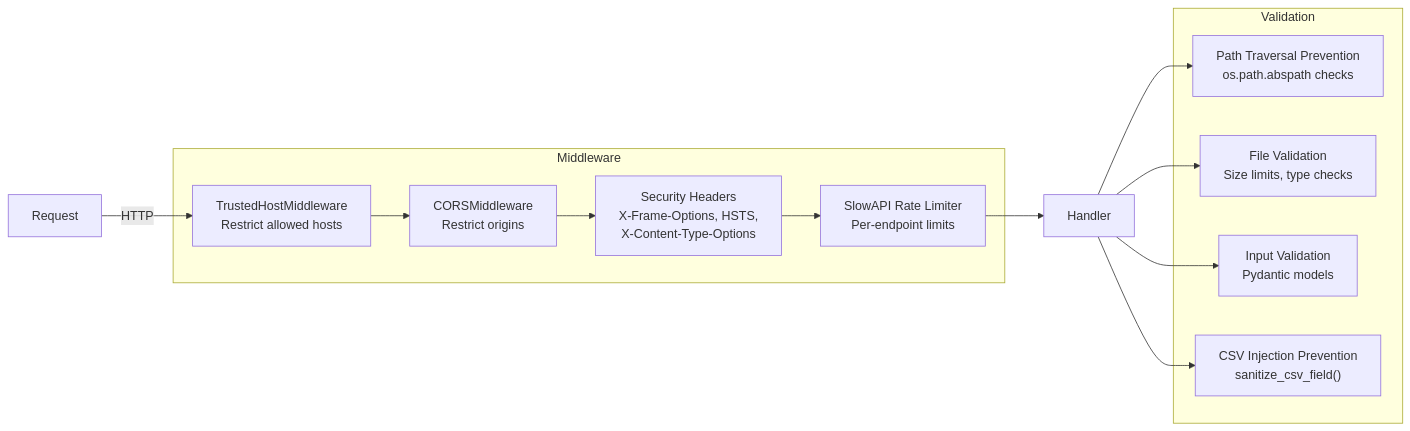
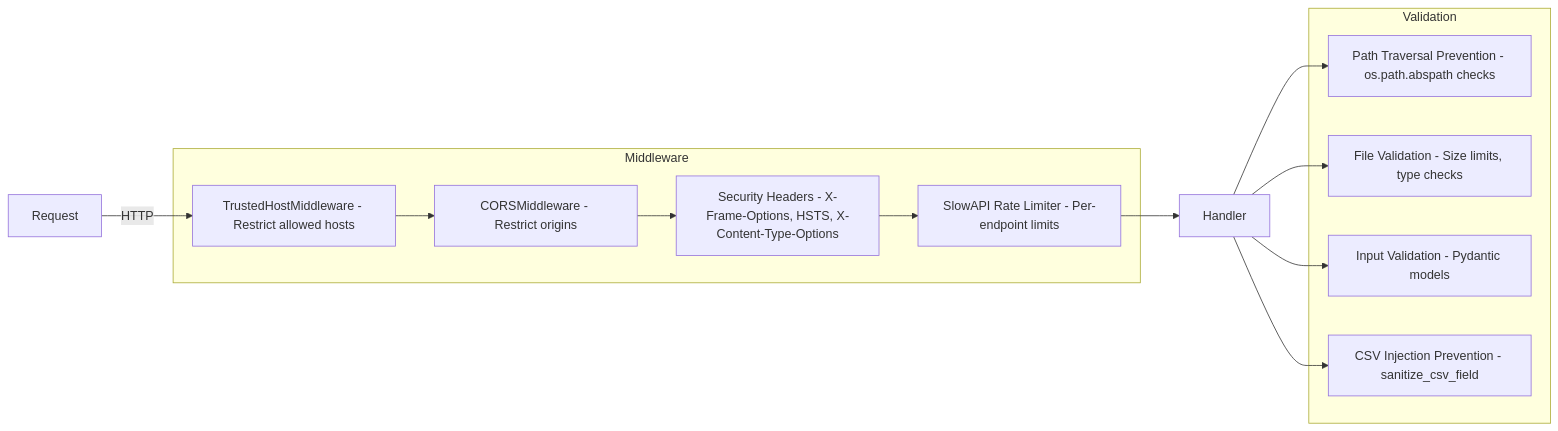
One commit to tejamahesh1433/job-trailerd-resume changed the second of 2 diagrams in docx/System_Architecture.md. Above: the diagram before and after it, drawn with Mermaid. The commit also changed other lines of this file and 3 other files, not shown here.

Commit message:
docs: add architecture and data flow documentation for backend and frontend systems

````diff
--- a/docx/System_Architecture.md
+++ b/docx/System_Architecture.md
@@ -99,22 +99,22 @@
 ```mermaid
 graph LR
     subgraph Middleware
-        TH["TrustedHostMiddleware<br/>Restrict allowed hosts"]
-        CORS["CORSMiddleware<br/>Restrict origins"]
-        SH["Security Headers<br/>X-Frame-Options, HSTS,<br/>X-Content-Type-Options"]
-        RL["SlowAPI Rate Limiter<br/>Per-endpoint limits"]
+        TH["TrustedHostMiddleware - Restrict allowed hosts"]
+        CORS["CORSMiddleware - Restrict origins"]
+        SH["Security Headers - X-Frame-Options, HSTS, X-Content-Type-Options"]
+        RL["SlowAPI Rate Limiter - Per-endpoint limits"]
     end
 
     subgraph Validation
-        PT["Path Traversal Prevention<br/>os.path.abspath checks"]
-        FV["File Validation<br/>Size limits, type checks"]
-        IV["Input Validation<br/>Pydantic models"]
-        CSV["CSV Injection Prevention<br/>sanitize_csv_field()"]
+        PT["Path Traversal Prevention - os.path.abspath checks"]
+        FV["File Validation - Size limits, type checks"]
+        IV["Input Validation - Pydantic models"]
+        CSVP["CSV Injection Prevention - sanitize_csv_field"]
     end
 
     Request -->|HTTP| TH --> CORS --> SH --> RL --> Handler
     Handler --> PT
     Handler --> FV
     Handler --> IV
-    Handler --> CSV
+    Handler --> CSVP
 ```
````
